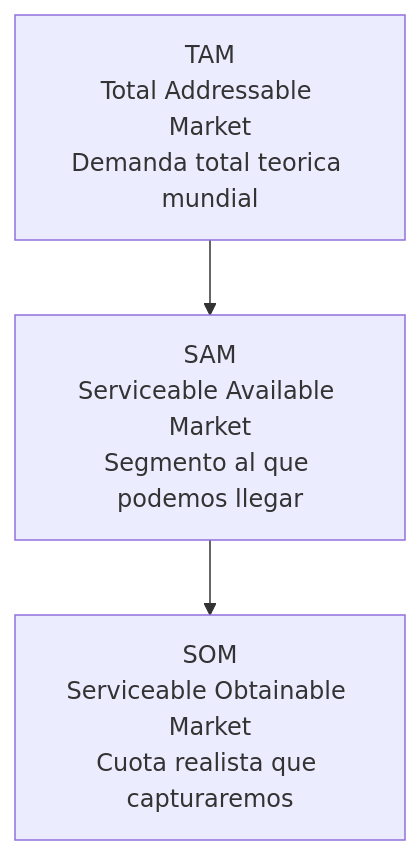
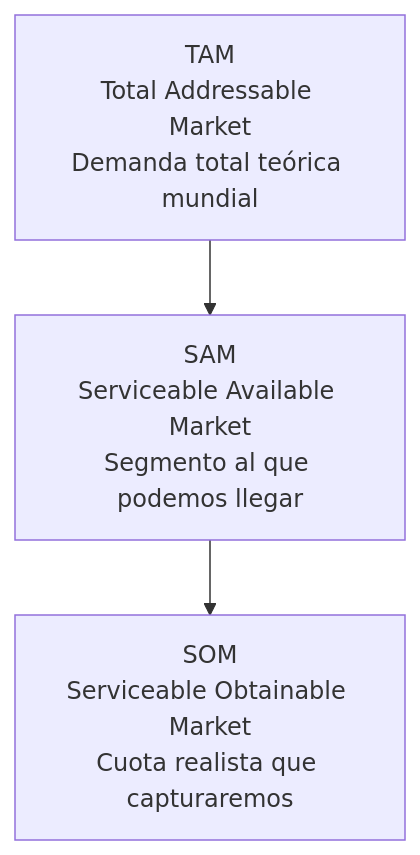
One commit to Mateo-404/AGI changed the first of 2 diagrams in contenido/gestion-ventas/lecciones/l3-1.md. Above: the diagram before and after it, drawn with Mermaid. The commit also changed other lines of this file and 51 other files, not shown here.

First line of the commit message:
gestion-ventas: fix mermaid diagrams, referencias format, and interactive blocks

````diff
--- a/contenido/gestion-ventas/lecciones/l3-1.md
+++ b/contenido/gestion-ventas/lecciones/l3-1.md
@@ -22,8 +22,8 @@
-```mermaid Jerarquia TAM - SAM - SOM
+```mermaid Jerarquía TAM - SAM - SOM
 flowchart TD
-  TAM[TAM<br/>Total Addressable Market<br/>Demanda total teorica mundial]
+  TAM[TAM<br/>Total Addressable Market<br/>Demanda total teórica mundial]
   SAM[SAM<br/>Serviceable Available Market<br/>Segmento al que podemos llegar]
   SOM[SOM<br/>Serviceable Obtainable Market<br/>Cuota realista que capturaremos]
   TAM --> SAM
   SAM --> SOM
 ```
````
